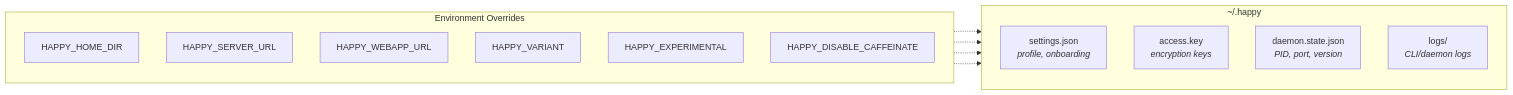
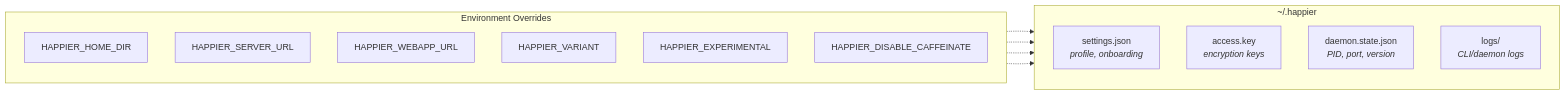
Before and after one commit to happier-dev/happier: the third of 12 diagrams in docs/cli-architecture.md, drawn with Mermaid. The commit also changed other lines of this file and 14 other files, not shown here.

````diff
--- a/docs/cli-architecture.md
+++ b/docs/cli-architecture.md
@@ -81,22 +81,22 @@
 ```mermaid
 graph LR
-    subgraph "~/.happy"
+    subgraph "~/.happier"
         direction TB
         settings["settings.json<br/><i>profile, onboarding</i>"]
         access["access.key<br/><i>encryption keys</i>"]
         daemon["daemon.state.json<br/><i>PID, port, version</i>"]
         logs["logs/<br/><i>CLI/daemon logs</i>"]
     end
 
     subgraph "Environment Overrides"
         direction TB
-        E1[HAPPY_HOME_DIR]
-        E2[HAPPY_SERVER_URL]
-        E3[HAPPY_WEBAPP_URL]
-        E4[HAPPY_VARIANT]
-        E5[HAPPY_EXPERIMENTAL]
-        E6[HAPPY_DISABLE_CAFFEINATE]
+        E1[HAPPIER_HOME_DIR]
+        E2[HAPPIER_SERVER_URL]
+        E3[HAPPIER_WEBAPP_URL]
+        E4[HAPPIER_VARIANT]
+        E5[HAPPIER_EXPERIMENTAL]
+        E6[HAPPIER_DISABLE_CAFFEINATE]
     end
 
     E1 -.-> settings & access & daemon & logs
 ```
````
